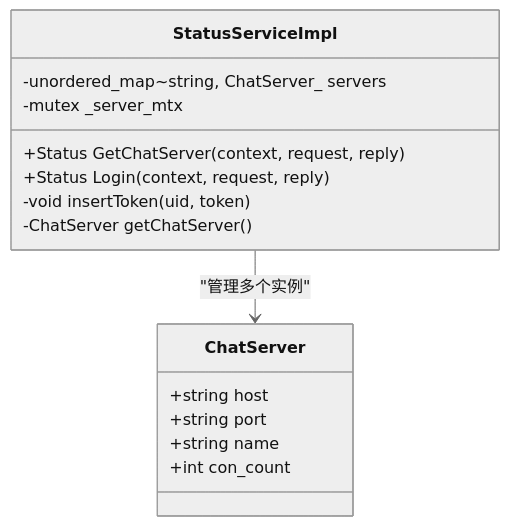
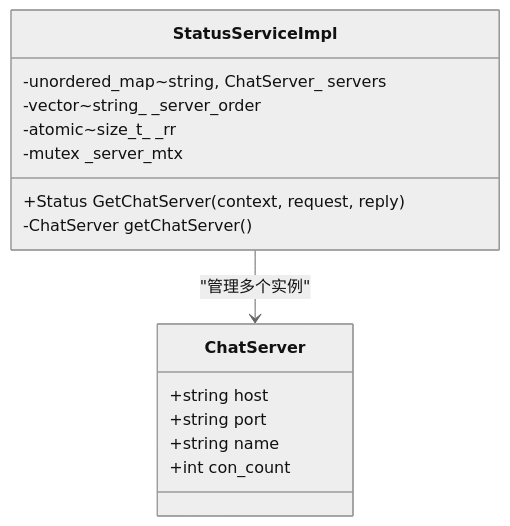
The third of 5 diagrams in .qoder/repowiki/zh/content/架构设计/微服务架构设计/StatusServer状态管理服务.md (echo9923/mychatter), drawn with Mermaid (neutral theme) before and after one commit. The commit also changed other lines of this file and 107 other files, not shown here.

````diff
--- a/.qoder/repowiki/zh/content/架构设计/微服务架构设计/StatusServer状态管理服务.md
+++ b/.qoder/repowiki/zh/content/架构设计/微服务架构设计/StatusServer状态管理服务.md
@@ -191,18 +165,18 @@
 ```mermaid
 classDiagram
 class StatusServiceImpl {
 +Status GetChatServer(context, request, reply)
-+Status Login(context, request, reply)
--void insertToken(uid, token)
 -ChatServer getChatServer()
 -unordered_map~string, ChatServer_ servers
+-vector~string_ _server_order
+-atomic~size_t_ _rr
 -mutex _server_mtx
 }
 class ChatServer {
 +string host
 +string port
 +string name
 +int con_count
 }
 StatusServiceImpl --> ChatServer : "管理多个实例"
 ```
````
